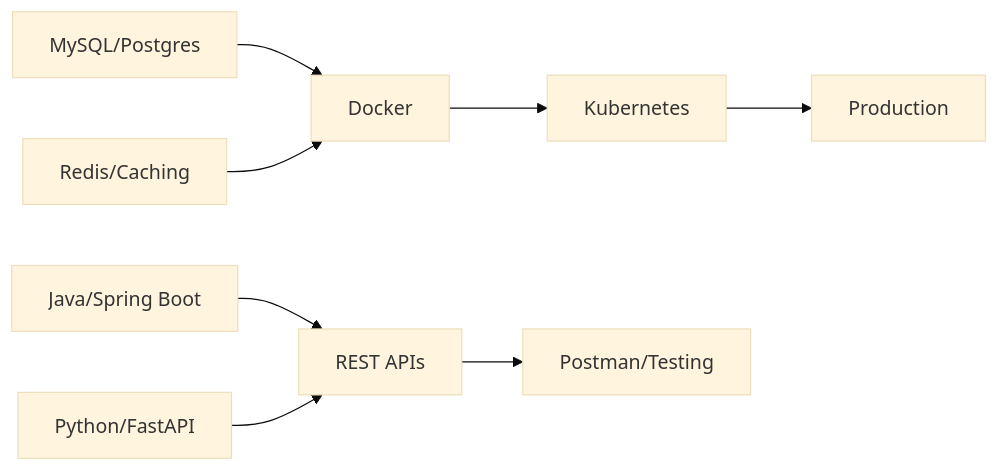
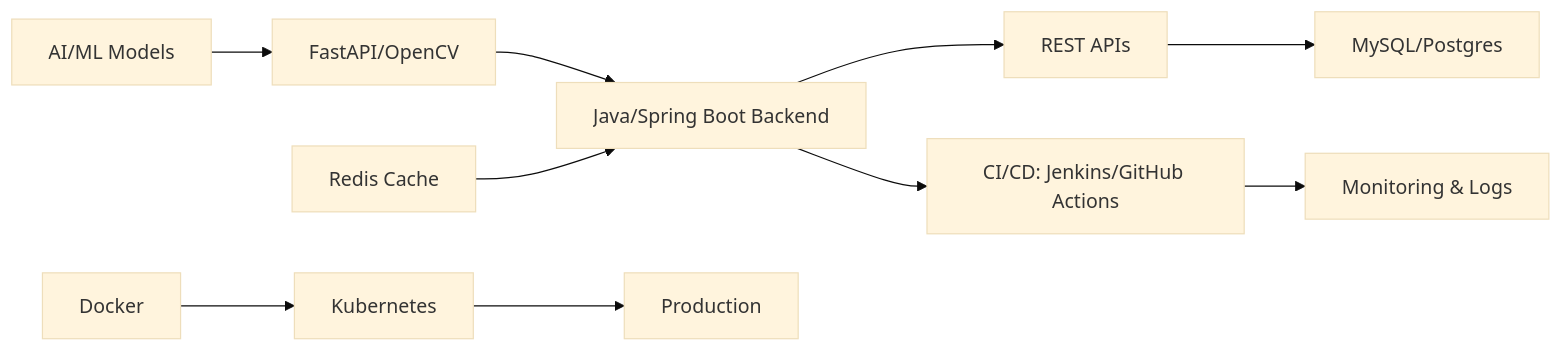
Before and after one commit to AminaHasanaath/AminaHasanaath: the diagram in README.md, drawn with Mermaid (base theme). The commit also changed other lines of this file, not shown here.

````diff
--- a/README.md
+++ b/README.md
@@ -77,10 +76,12 @@
 ```mermaid
 graph LR
-    A[Java/Spring Boot] --> B[REST APIs]
-    C[Python/FastAPI] --> B
-    D[MySQL/Postgres] --> E[Docker]
-    F[Redis/Caching] --> E
-    E --> G[Kubernetes]
-    B --> H[Postman/Testing]
-    G --> I[Production]
+    A[AI/ML Models] --> B[FastAPI/OpenCV]
+    B --> C[Java/Spring Boot Backend]
+    C --> D[REST APIs]
+    D --> E[MySQL/Postgres]
+    F[Redis Cache] --> C
+    G[Docker] --> H[Kubernetes]
+    H --> I[Production]
+    C --> J[CI/CD: Jenkins/GitHub Actions]
+    J --> K[Monitoring & Logs]
 ```
````
